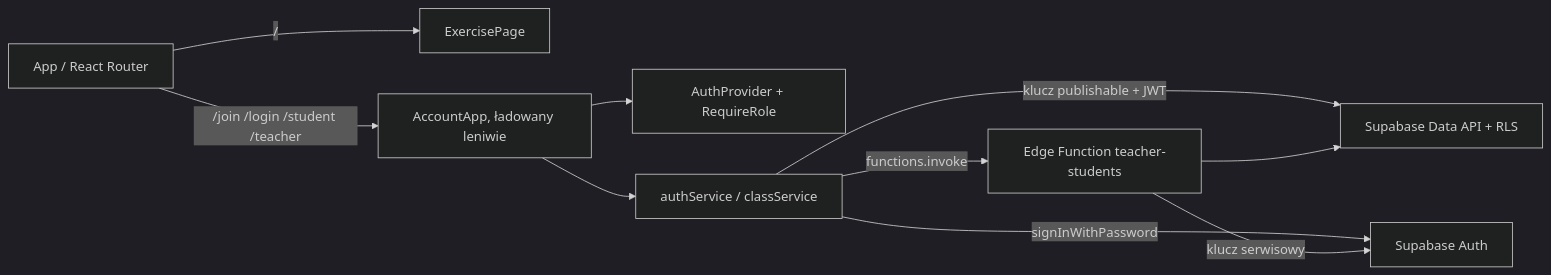
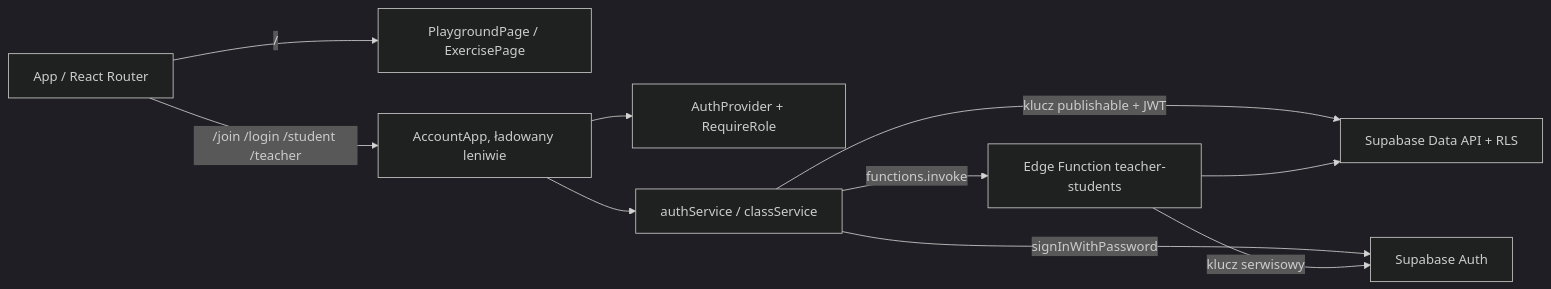
One commit to JakubZdankowski/platforma-python changed the second of 2 diagrams in docs/architecture.md. Above: the diagram before and after it, drawn with Mermaid (dark theme). The commit also changed other lines of this file and 42 other files, not shown here.

````diff
--- a/docs/architecture.md
+++ b/docs/architecture.md
@@ -29,12 +29,12 @@
 ```mermaid
 flowchart LR
-  Router[App / React Router] -->|/| Playground[ExercisePage]
+  Router[App / React Router] -->|/| Playground[PlaygroundPage / ExercisePage]
   Router -->|/join /login /student /teacher| Account[AccountApp, ładowany leniwie]
   Account --> Auth[AuthProvider + RequireRole]
   Account --> Services[authService / classService]
   Services -->|klucz publishable + JWT| PostgREST[Supabase Data API + RLS]
   Services -->|signInWithPassword| GoTrue[Supabase Auth]
   Services -->|functions.invoke| Fn[Edge Function teacher-students]
   Fn -->|klucz serwisowy| GoTrue
   Fn --> PostgREST
 ```
````
